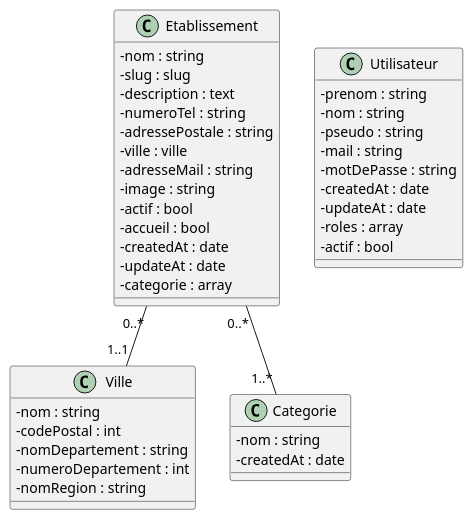
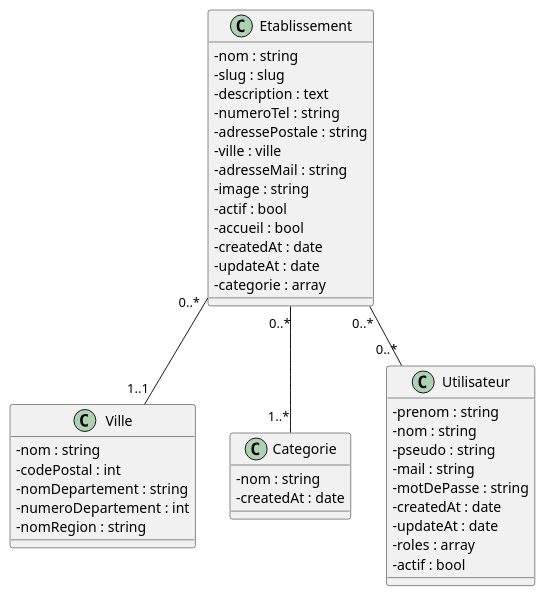
Before and after one commit to Zeqhz/fctourisme: the diagram in documentation/diagrammedeclasse.puml, drawn with PlantUML. The commit also changed 6 other files, not shown here.

```diff
--- a/documentation/diagrammedeclasse.puml
+++ b/documentation/diagrammedeclasse.puml
@@ -1,53 +1,53 @@
 @startuml
 'https://plantuml.com/class-diagram
 skinparam classAttributeIconSize 0
 
 class Etablissement {
 - nom : string
 - slug : slug
 - description : text
 - numeroTel : string
 - adressePostale : string
 - ville : ville
 - adresseMail : string
 - image : string
 - actif : bool
 - accueil : bool
 - createdAt : date
 - updateAt : date
 - categorie : array
 }
 
 class Ville {
 - nom : string
 - codePostal : int
 - nomDepartement : string
 - numeroDepartement : int
 - nomRegion : string
 }
 
 class Categorie {
 - nom : string
 - createdAt : date
 }
 
 class Utilisateur {
 - prenom : string
 - nom : string
 - pseudo : string
 - mail : string
 - motDePasse : string
 - createdAt : date
 - updateAt : date
 - roles : array
 - actif : bool
 }
 
 
 Etablissement "0..*"--"1..*" Categorie
 Etablissement "0..*"--"1..1" Ville
-
+Etablissement "0..*"--"0..*" Utilisateur
 
 
 
 @enduml
```
